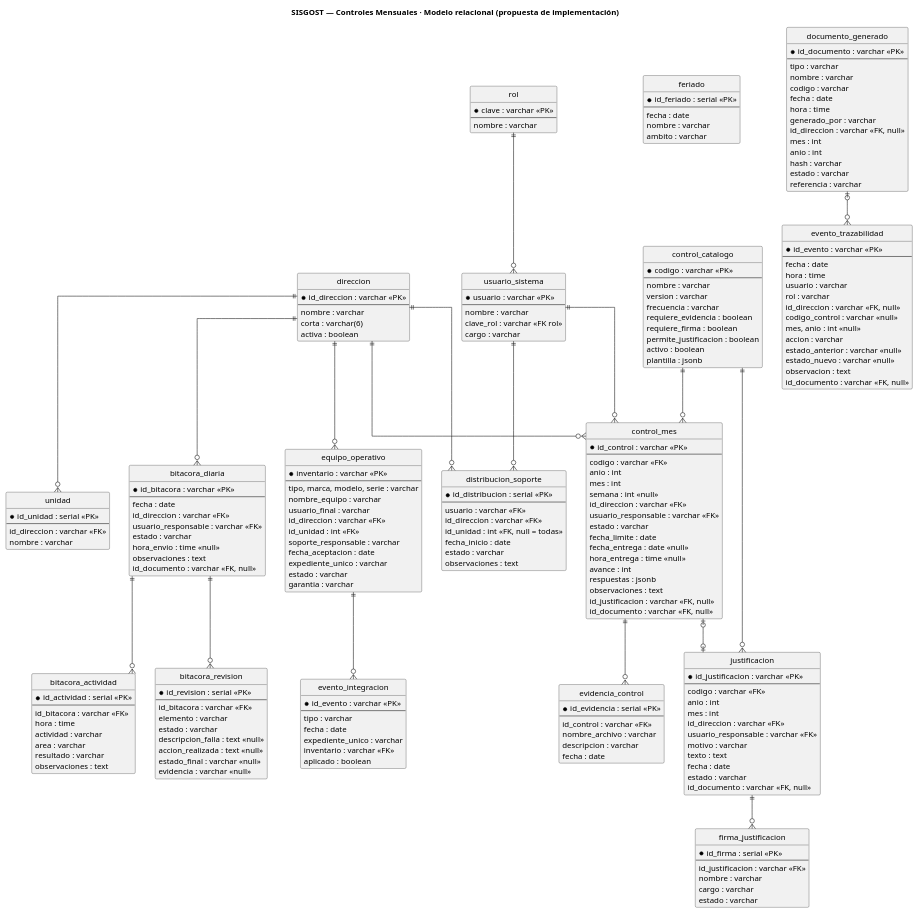
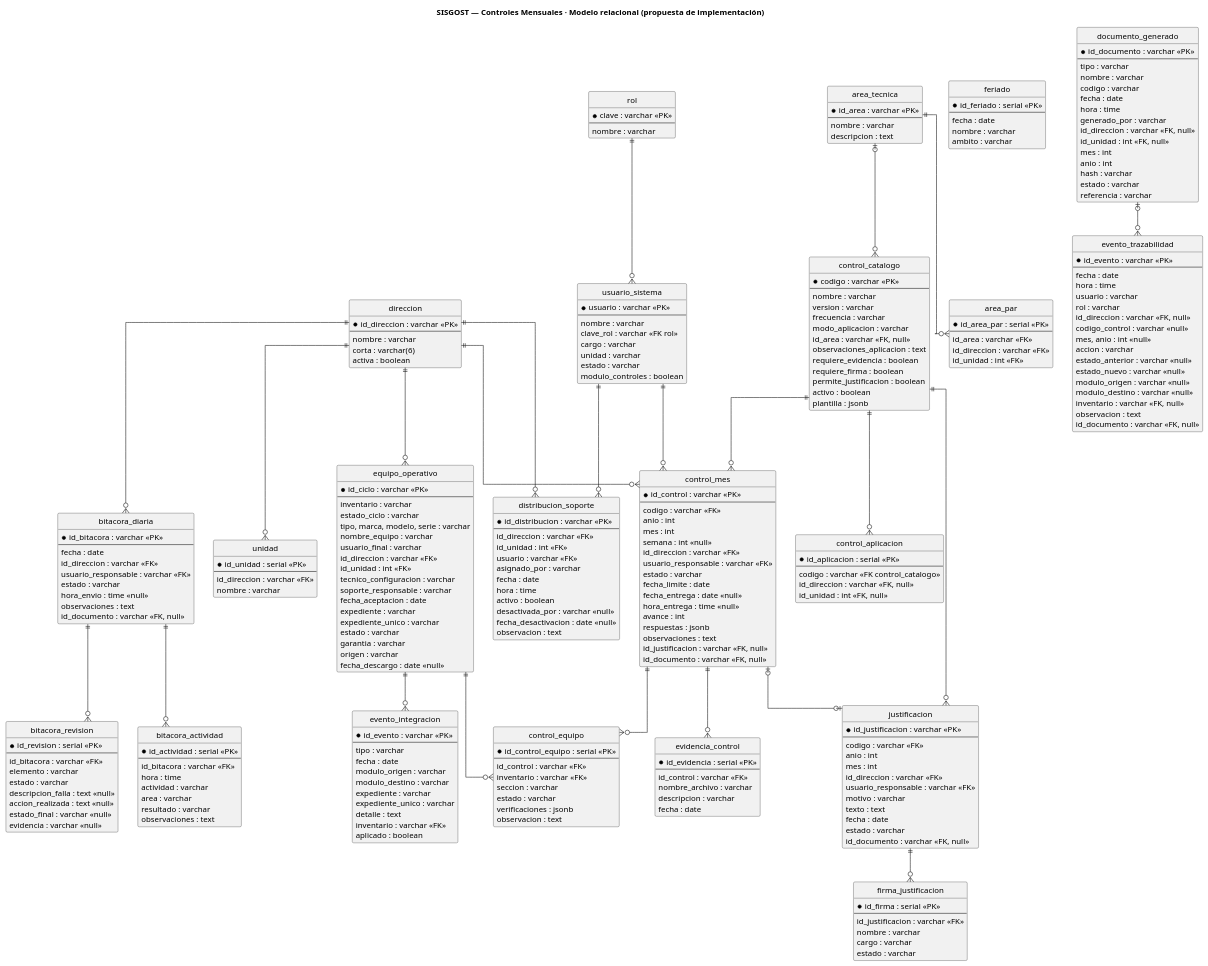
Before and after one commit to diego0399/sisgost-controles-mensuales: the diagram in docs/plantuml/modelo-relacional.puml, drawn with PlantUML. The commit also changed 50 other files, not shown here.

```diff
--- a/docs/plantuml/modelo-relacional.puml
+++ b/docs/plantuml/modelo-relacional.puml
@@ -22,6 +22,9 @@
   nombre : varchar
   clave_rol : varchar <<FK rol>>
   cargo : varchar
+  unidad : varchar
+  estado : varchar
+  modulo_controles : boolean
 }
 entity rol {
   * clave : varchar <<PK>>
@@ -29,14 +32,18 @@
   nombre : varchar
 }
 entity distribucion_soporte {
-  * id_distribucion : serial <<PK>>
+  * id_distribucion : varchar <<PK>>
   --
+  id_direccion : varchar <<FK>>
+  id_unidad : int <<FK>>
   usuario : varchar <<FK>>
-  id_direccion : varchar <<FK>>
-  id_unidad : int <<FK, null = todas>>
-  fecha_inicio : date
-  estado : varchar
-  observaciones : text
+  asignado_por : varchar
+  fecha : date
+  hora : time
+  activo : boolean
+  desactivada_por : varchar <<null>>
+  fecha_desactivacion : date <<null>>
+  observacion : text
 }
 entity feriado {
   * id_feriado : serial <<PK>>
@@ -51,11 +58,34 @@
   nombre : varchar
   version : varchar
   frecuencia : varchar
+  modo_aplicacion : varchar
+  id_area : varchar <<FK, null>>
+  observaciones_aplicacion : text
   requiere_evidencia : boolean
   requiere_firma : boolean
   permite_justificacion : boolean
   activo : boolean
   plantilla : jsonb
+}
+entity area_tecnica {
+  * id_area : varchar <<PK>>
+  --
+  nombre : varchar
+  descripcion : text
+}
+entity control_aplicacion {
+  * id_aplicacion : serial <<PK>>
+  --
+  codigo : varchar <<FK control_catalogo>>
+  id_direccion : varchar <<FK, null>>
+  id_unidad : int <<FK, null>>
+}
+entity area_par {
+  * id_area_par : serial <<PK>>
+  --
+  id_area : varchar <<FK>>
+  id_direccion : varchar <<FK>>
+  id_unidad : int <<FK>>
 }
 entity control_mes {
   * id_control : varchar <<PK>>
@@ -75,6 +105,16 @@
   observaciones : text
   id_justificacion : varchar <<FK, null>>
   id_documento : varchar <<FK, null>>
+}
+entity control_equipo {
+  * id_control_equipo : serial <<PK>>
+  --
+  id_control : varchar <<FK>>
+  inventario : varchar <<FK>>
+  seccion : varchar
+  estado : varchar
+  verificaciones : jsonb
+  observacion : text
 }
 entity evidencia_control {
   * id_evidencia : serial <<PK>>
@@ -139,25 +179,35 @@
   estado : varchar
 }
 entity equipo_operativo {
-  * inventario : varchar <<PK>>
+  * id_ciclo : varchar <<PK>>
   --
+  inventario : varchar
+  estado_ciclo : varchar
   tipo, marca, modelo, serie : varchar
   nombre_equipo : varchar
   usuario_final : varchar
   id_direccion : varchar <<FK>>
   id_unidad : int <<FK>>
+  tecnico_configuracion : varchar
   soporte_responsable : varchar
   fecha_aceptacion : date
+  expediente : varchar
   expediente_unico : varchar
   estado : varchar
   garantia : varchar
+  origen : varchar
+  fecha_descargo : date <<null>>
 }
 entity evento_integracion {
   * id_evento : varchar <<PK>>
   --
   tipo : varchar
   fecha : date
+  modulo_origen : varchar
+  modulo_destino : varchar
+  expediente : varchar
   expediente_unico : varchar
+  detalle : text
   inventario : varchar <<FK>>
   aplicado : boolean
 }
@@ -171,6 +221,7 @@
   hora : time
   generado_por : varchar
   id_direccion : varchar <<FK, null>>
+  id_unidad : int <<FK, null>>
   mes : int
   anio : int
   hash : varchar
@@ -190,6 +241,9 @@
   accion : varchar
   estado_anterior : varchar <<null>>
   estado_nuevo : varchar <<null>>
+  modulo_origen : varchar <<null>>
+  modulo_destino : varchar <<null>>
+  inventario : varchar <<FK, null>>
   observacion : text
   id_documento : varchar <<FK, null>>
 }
@@ -199,9 +253,14 @@
 direccion ||--o{ distribucion_soporte
 usuario_sistema ||--o{ distribucion_soporte
 control_catalogo ||--o{ control_mes
+control_catalogo ||--o{ control_aplicacion
+area_tecnica ||--o{ area_par
+area_tecnica |o--o{ control_catalogo
 direccion ||--o{ control_mes
 usuario_sistema ||--o{ control_mes
 control_mes ||--o{ evidencia_control
+control_mes ||--o{ control_equipo
+equipo_operativo ||--o{ control_equipo
 direccion ||--o{ bitacora_diaria
 bitacora_diaria ||--o{ bitacora_revision
 bitacora_diaria ||--o{ bitacora_actividad
```
